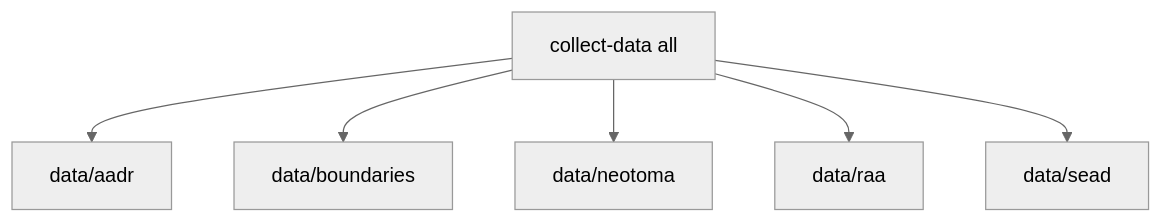
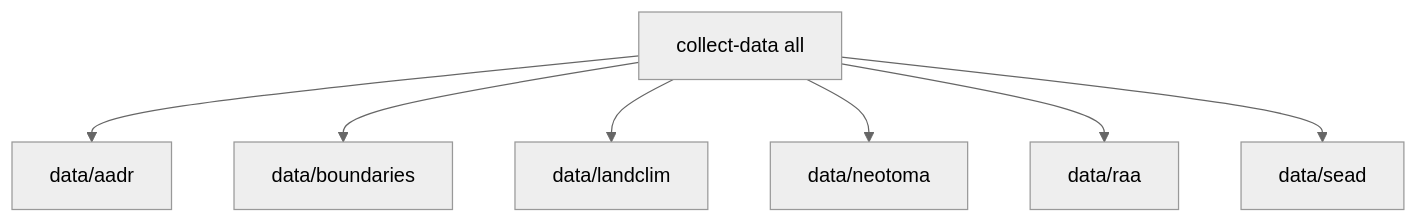
One commit to bijux/bijux-pollenomics changed the diagram in docs/02-getting-started/rebuild-the-data-tree.md. Above: the diagram before and after it, drawn with Mermaid (neutral theme). The commit also changed other lines of this file and 10 other files, not shown here.

````diff
--- a/docs/02-getting-started/rebuild-the-data-tree.md
+++ b/docs/02-getting-started/rebuild-the-data-tree.md
@@ -28,8 +28,9 @@
 ```mermaid
 flowchart TD
     CollectAll[collect-data all] --> AADR[data/aadr]
     CollectAll --> Boundaries[data/boundaries]
+    CollectAll --> LandClim[data/landclim]
     CollectAll --> Neotoma[data/neotoma]
     CollectAll --> RAA[data/raa]
     CollectAll --> SEAD[data/sead]
 ```
````
